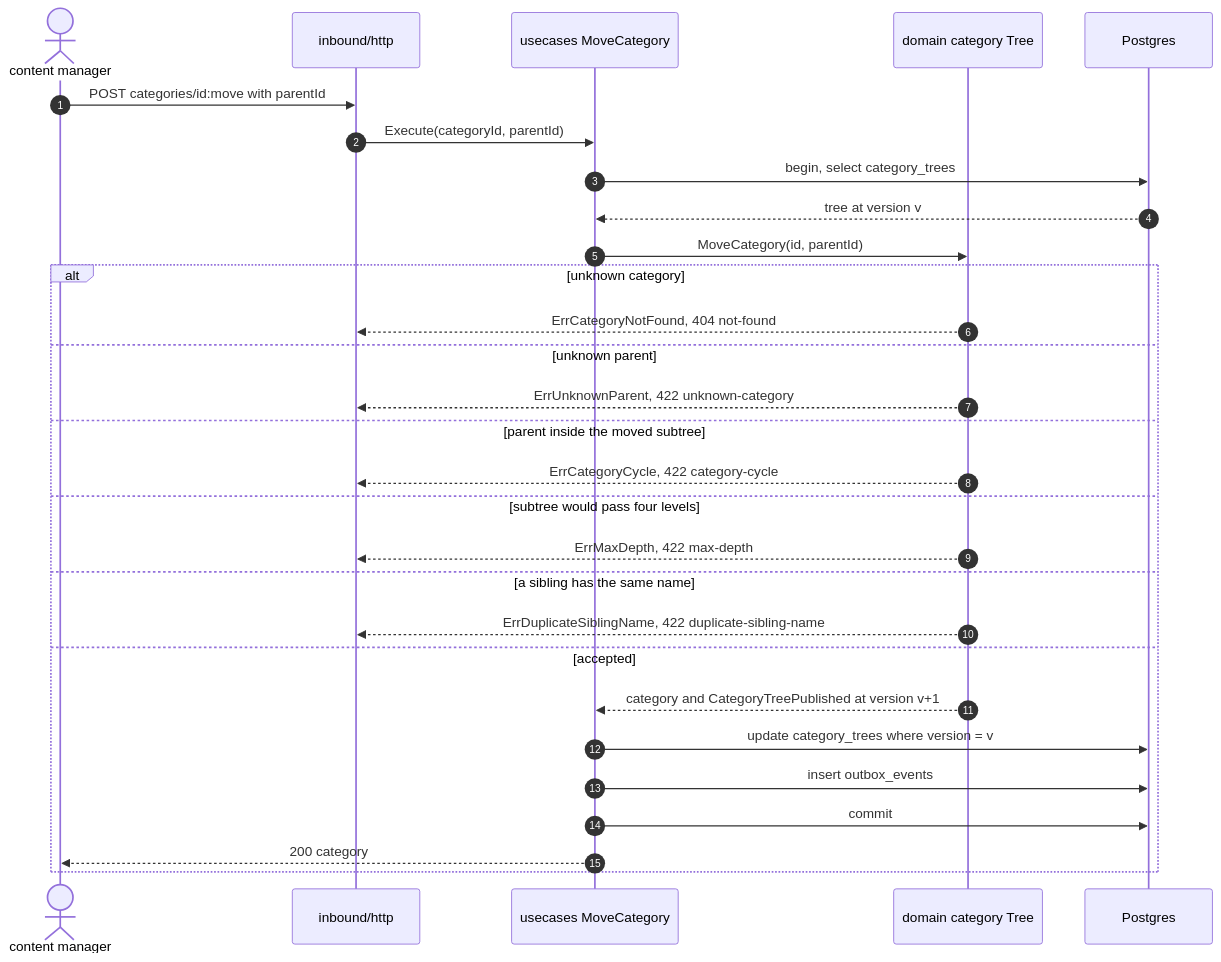
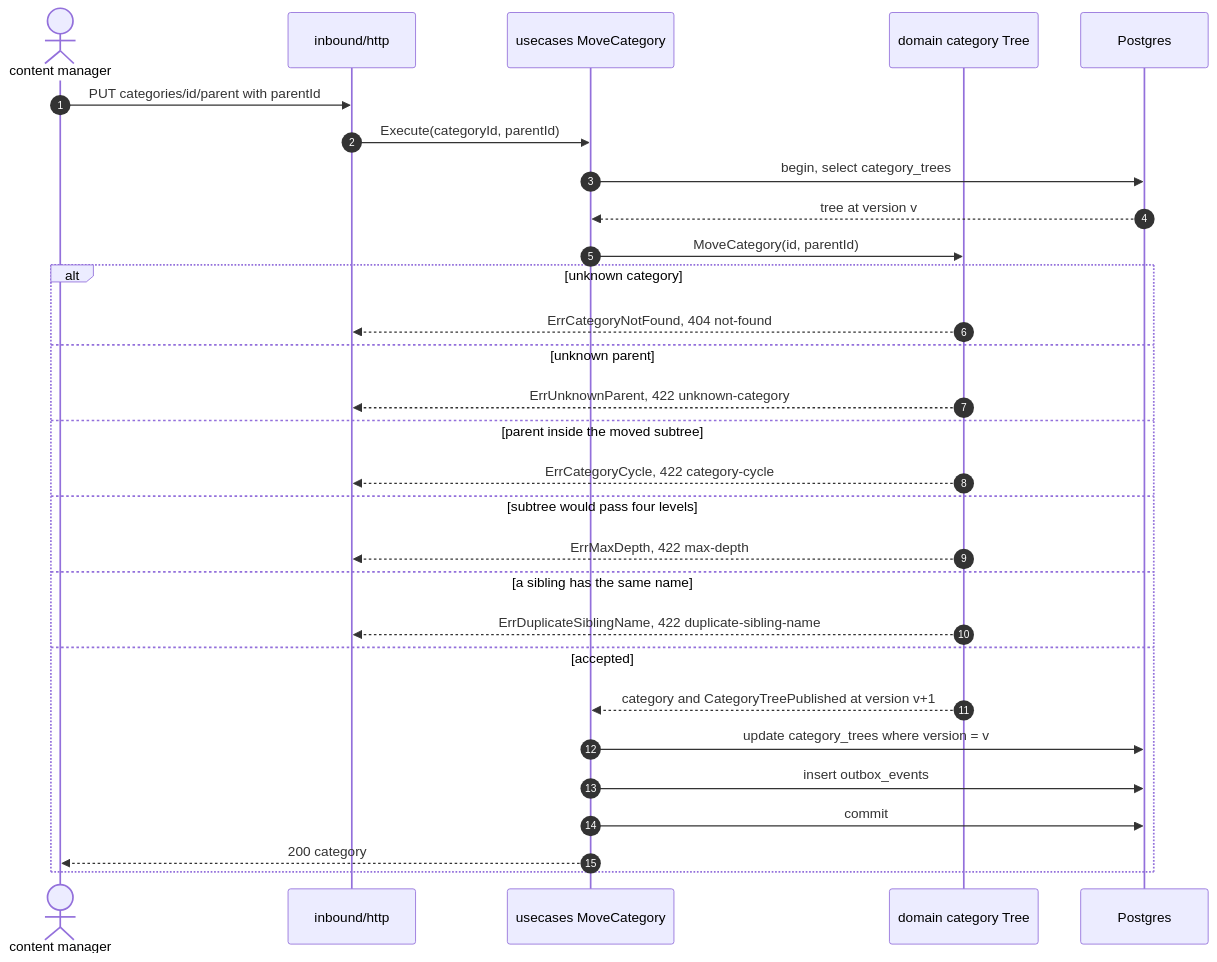
The third of 6 diagrams in docs/docs/ddd/sequence-diagrams.md (IQVO/product-content), drawn with Mermaid before and after one commit. The commit also changed other lines of this file and 53 other files, not shown here.

````diff
--- a/docs/docs/ddd/sequence-diagrams.md
+++ b/docs/docs/ddd/sequence-diagrams.md
@@ -115,31 +115,31 @@
 ```mermaid
 sequenceDiagram
     autonumber
     actor CM as content manager
     participant H as inbound/http
     participant UC as usecases MoveCategory
     participant T as domain category Tree
     participant PG as Postgres
-    CM->>H: POST categories/id:move with parentId
+    CM->>H: PUT categories/id/parent with parentId
     H->>UC: Execute(categoryId, parentId)
     UC->>PG: begin, select category_trees
     PG-->>UC: tree at version v
     UC->>T: MoveCategory(id, parentId)
     alt unknown category
         T-->>H: ErrCategoryNotFound, 404 not-found
     else unknown parent
         T-->>H: ErrUnknownParent, 422 unknown-category
     else parent inside the moved subtree
         T-->>H: ErrCategoryCycle, 422 category-cycle
     else subtree would pass four levels
         T-->>H: ErrMaxDepth, 422 max-depth
     else a sibling has the same name
         T-->>H: ErrDuplicateSiblingName, 422 duplicate-sibling-name
     else accepted
         T-->>UC: category and CategoryTreePublished at version v+1
         UC->>PG: update category_trees where version = v
         UC->>PG: insert outbox_events
         UC->>PG: commit
         UC-->>CM: 200 category
     end
 ```
````
